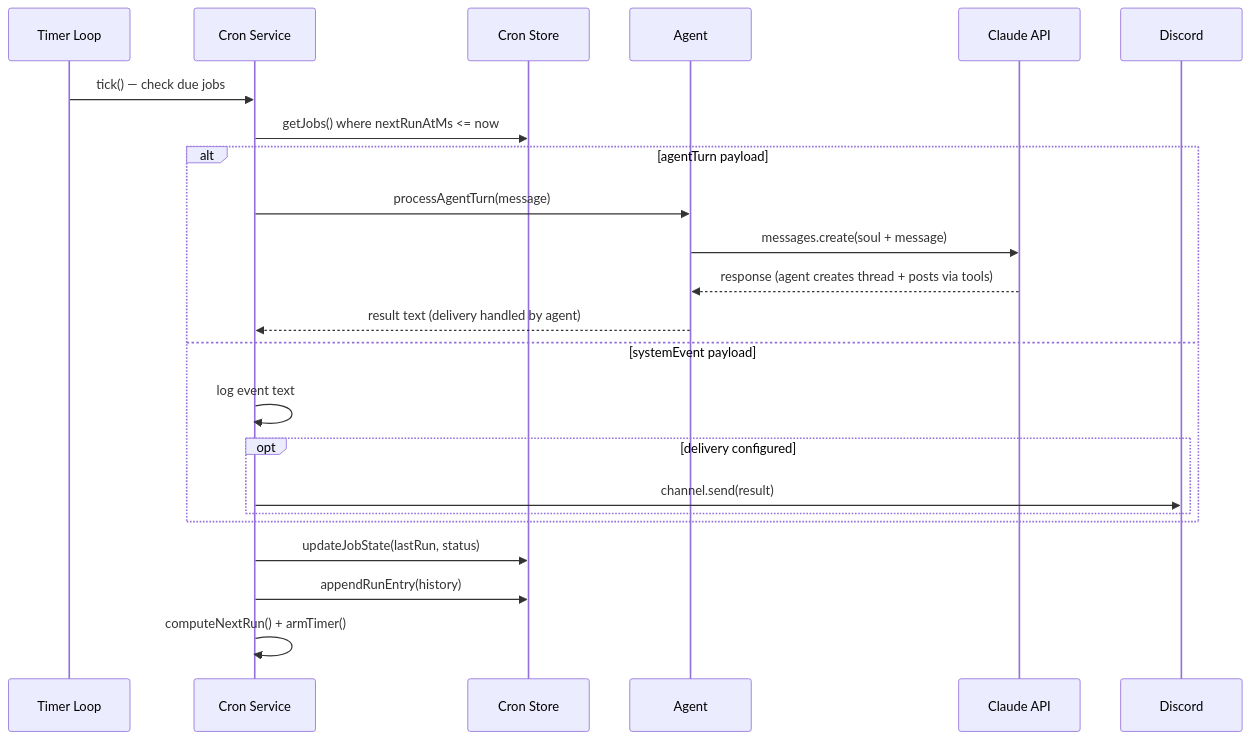
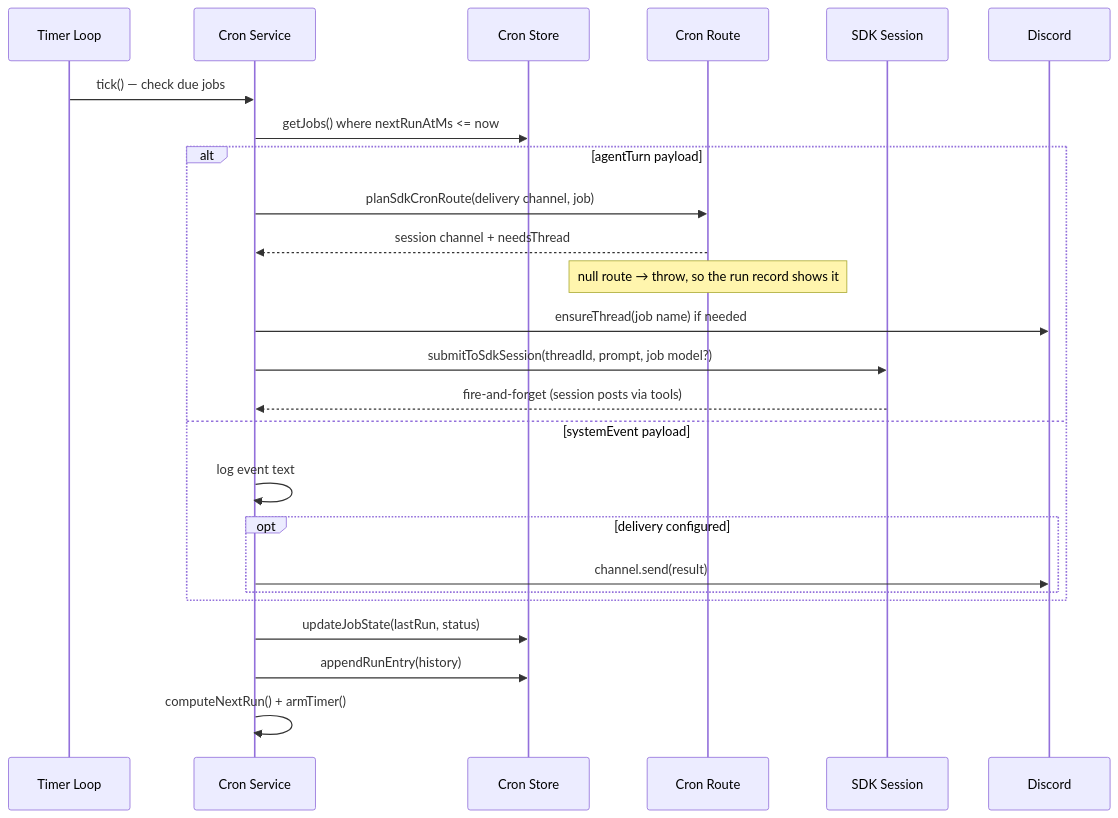
Before and after one commit to NaichuanZhang/disclaw: the third of 10 diagrams in README.md, drawn with Mermaid. The commit also changed other lines of this file and 35 other files, not shown here.

Commit message:
feat(evolution): Make the Claude Agent SDK the only agent runtime; remove all pilot references (#151)

````diff
--- a/README.md
+++ b/README.md
@@ -461,28 +475,30 @@
 ```mermaid
 sequenceDiagram
     participant T as Timer Loop
     participant CS as Cron Service
     participant ST as Cron Store
-    participant A as Agent
-    participant C as Claude API
+    participant R as Cron Route
+    participant K as SDK Session
     participant D as Discord
 
     T->>CS: tick() — check due jobs
     CS->>ST: getJobs() where nextRunAtMs <= now
 
     alt agentTurn payload
-        CS->>A: processAgentTurn(message)
-        A->>C: messages.create(soul + message)
-        C-->>A: response (agent creates thread + posts via tools)
-        A-->>CS: result text (delivery handled by agent)
+        CS->>R: planSdkCronRoute(delivery channel, job)
+        R-->>CS: session channel + needsThread
+        Note over R: null route → throw, so the run record shows it
+        CS->>D: ensureThread(job name) if needed
+        CS->>K: submitToSdkSession(threadId, prompt, job model?)
+        K-->>CS: fire-and-forget (session posts via tools)
     else systemEvent payload
         CS->>CS: log event text
         opt delivery configured
             CS->>D: channel.send(result)
         end
     end
 
     CS->>ST: updateJobState(lastRun, status)
     CS->>ST: appendRunEntry(history)
     CS->>CS: computeNextRun() + armTimer()
 ```
````
